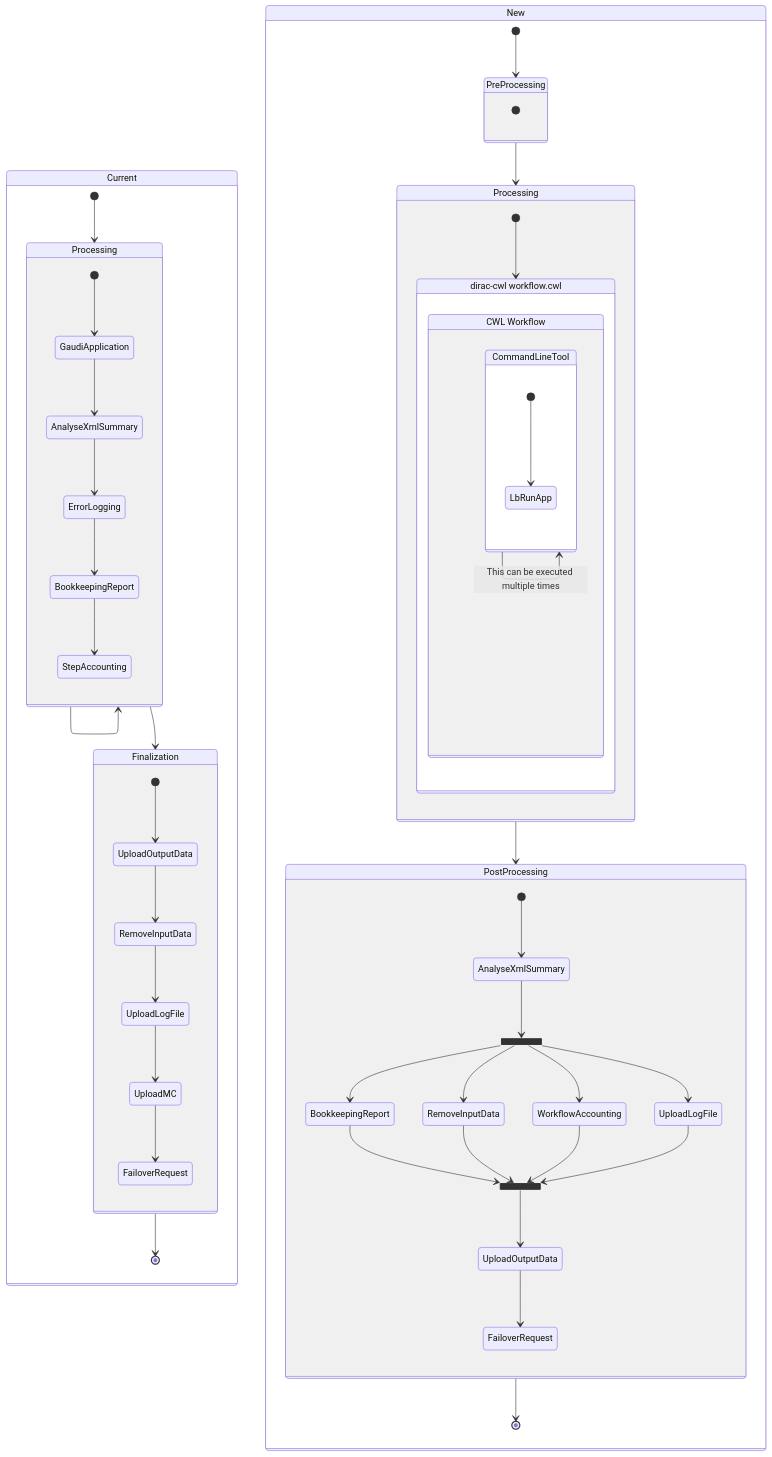
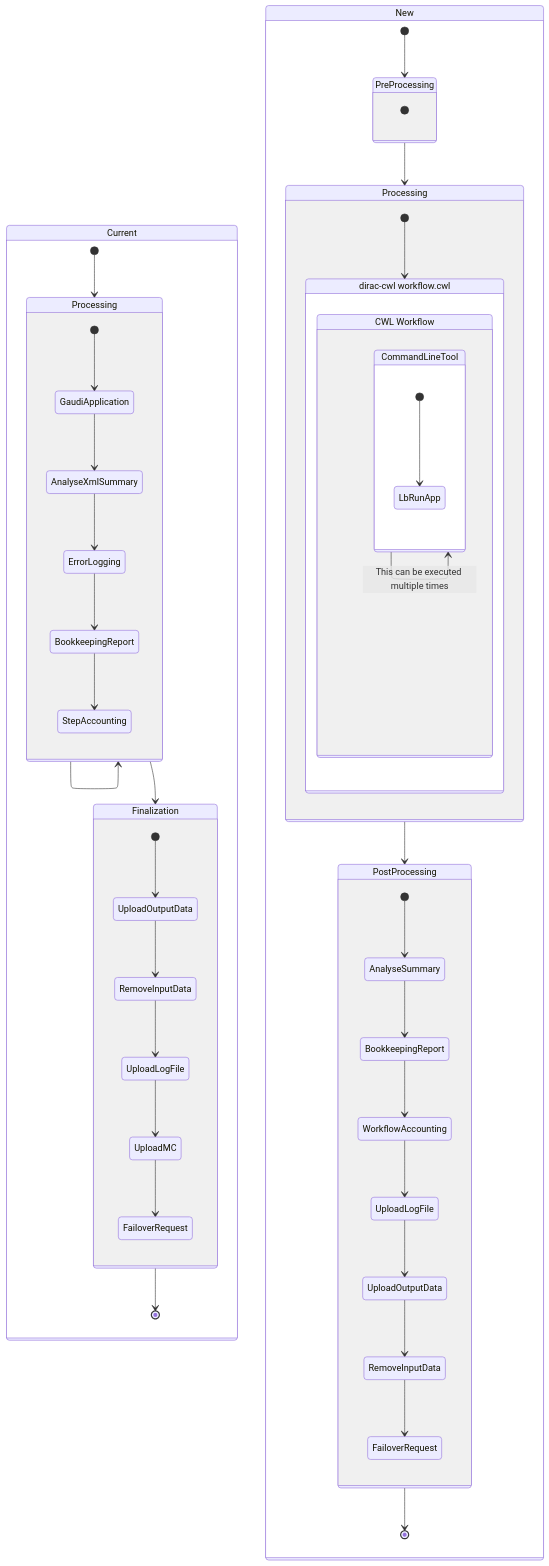
Before and after one commit to DIRACGrid/dirac-cwl: the fourth of 5 diagrams in docs/design/lhcb-workflows.md, drawn with Mermaid. The commit also changed other lines of this file, not shown here.

```diff
--- a/docs/design/lhcb-workflows.md
+++ b/docs/design/lhcb-workflows.md
@@ -305,29 +379,21 @@
         }
 
         state PostProcessing_New {
-            state fork_state <<fork>>
-            state join_state <<join>>
-
-            AnalyseXmlSummary_New: AnalyseXmlSummary
+            AnalyseSummary_New: AnalyseSummary
+            BookkeepingReport_New: BookkeepingReport
+            WorkflowAccounting_New: WorkflowAccounting
             UploadLogFile_New: UploadLogFile
             UploadOutputData_New: UploadOutputData
+            RemoveInputData_New: RemoveInputData
             FailoverRequest_New: FailoverRequest
-            BookkeepingReport_New: BookkeepingReport
-            WorkflowAccounting_New: WorkflowAccounting
-            RemoveInputData_New: RemoveInputData
 
-            [*] --> AnalyseXmlSummary_New
-            AnalyseXmlSummary_New --> fork_state
-            fork_state --> BookkeepingReport_New
-            fork_state --> WorkflowAccounting_New
-            fork_state --> UploadLogFile_New
-            fork_state --> RemoveInputData_New
-            BookkeepingReport_New --> join_state
-            RemoveInputData_New --> join_state
-            WorkflowAccounting_New --> join_state
-            UploadLogFile_New --> join_state
-            join_state --> UploadOutputData_New
-            UploadOutputData_New --> FailoverRequest_New
+            [*] --> AnalyseSummary_New
+            AnalyseSummary_New --> BookkeepingReport_New
+            BookkeepingReport_New --> WorkflowAccounting_New
+            WorkflowAccounting_New --> UploadLogFile_New
+            UploadLogFile_New --> UploadOutputData_New
+            UploadOutputData_New --> RemoveInputData_New
+            RemoveInputData_New --> FailoverRequest_New
         }
 
         [*] --> PreProcessing_New
```
